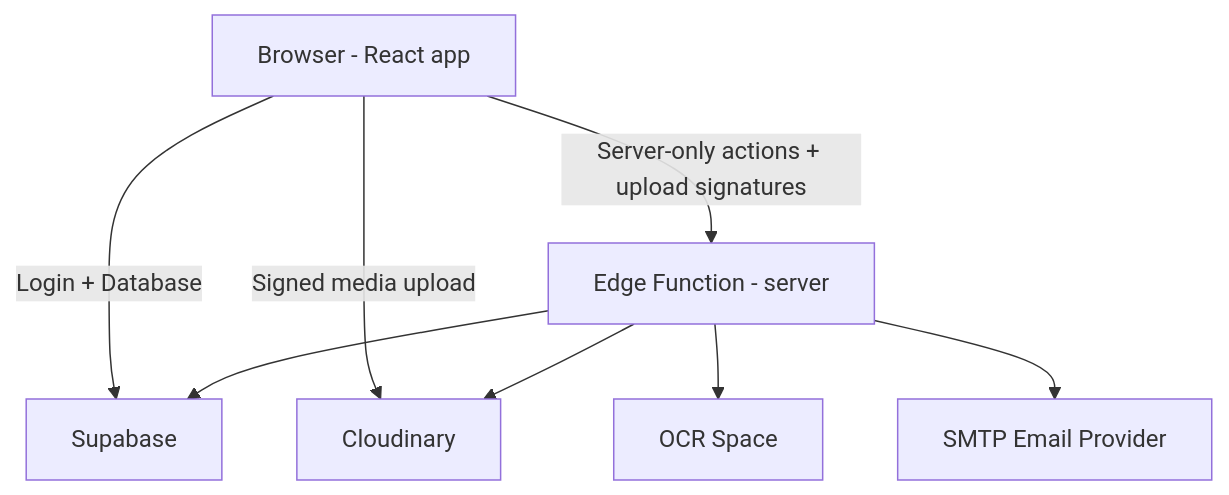
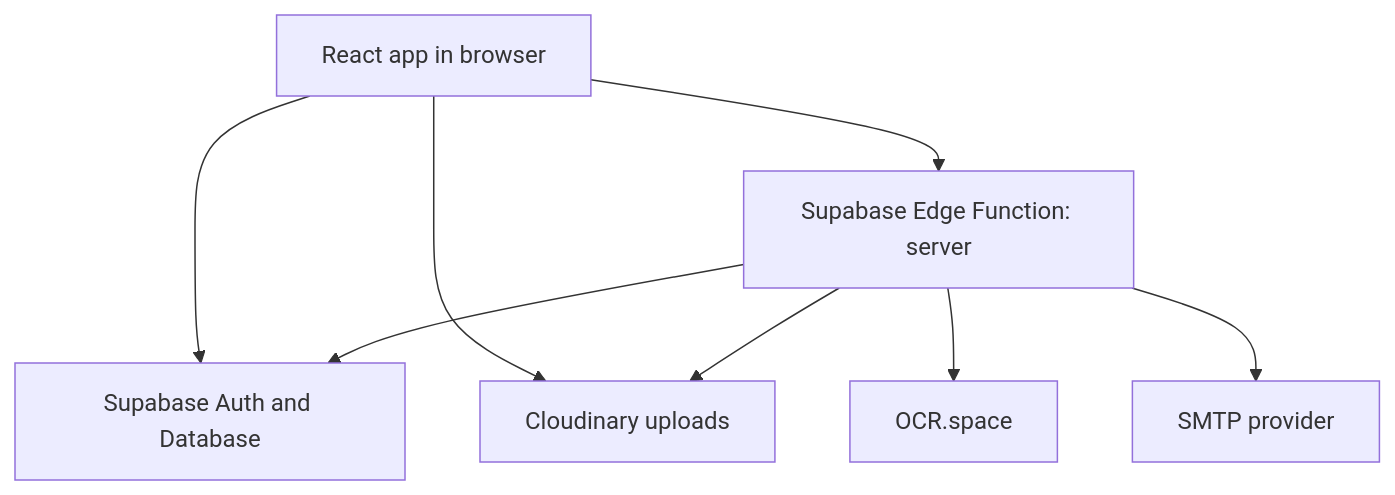
One commit to hamsoool/ClinicKa changed the diagram in README.md. Above: the diagram before and after it, drawn with Mermaid. The commit also changed other lines of this file and 6 other files, not shown here.

Commit message:
fully integrated cloudinary as the media storage for the project

````diff
--- a/README.md
+++ b/README.md
@@ -99,10 +89,10 @@
 ```mermaid
 graph TD
-   UI[Browser - React app] -->|Login + Database| SB[Supabase]
-   UI -->|Signed media upload| CLD[Cloudinary]
-   UI -->|Server-only actions + upload signatures| FX[Edge Function - server]
-   FX --> SB
-   FX --> CLD
-   FX --> OCR[OCR Space]
-   FX --> SMTP[SMTP Email Provider]
+  UI[React app in browser] --> SB[Supabase Auth and Database]
+  UI --> CLD[Cloudinary uploads]
+  UI --> FX[Supabase Edge Function: server]
+  FX --> SB
+  FX --> CLD
+  FX --> OCR[OCR.space]
+  FX --> SMTP[SMTP provider]
 ```
````
